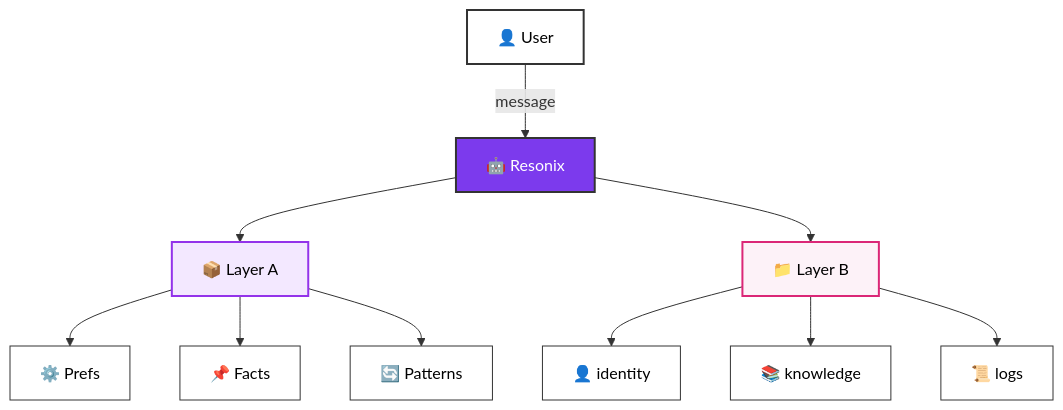
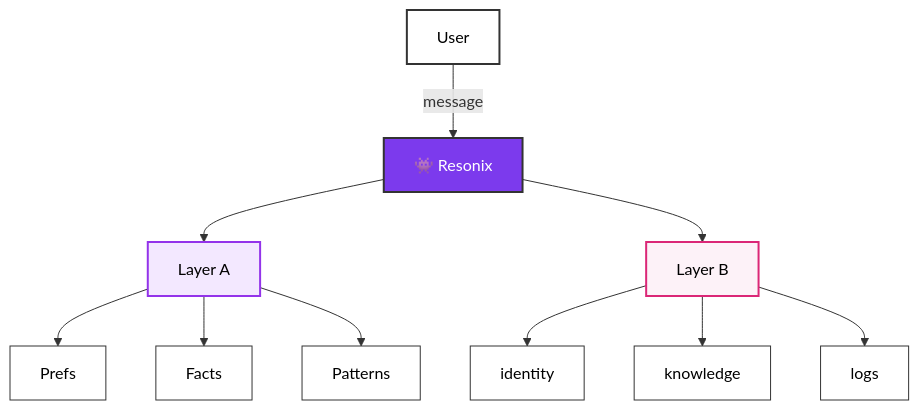
The first of 5 diagrams in README.md (mangiapanejohn-dev/Resonix-AG), drawn with Mermaid before and after one commit. The commit also changed other lines of this file, not shown here.

````diff
--- a/README.md
+++ b/README.md
@@ -51,23 +51,23 @@
 ```mermaid
 flowchart TB
-    USER["👤 User"] -->|"message"| BOT["🤖 Resonix"]
-    BOT --> LAYERA["📦 Layer A"]
-    BOT --> LAYERB["📁 Layer B"]
-    LAYERA --> PREF["⚙️ Prefs"]
-    LAYERA --> FACTS["📌 Facts"]
-    LAYERA --> PAT["🔄 Patterns"]
-    LAYERB --> ID["👤 identity"]
-    LAYERB --> KNOW["📚 knowledge"]
-    LAYERB --> LOGS["📜 logs"]
+    USER["User"] -->|"message"| BOT["👾 Resonix"]
+    BOT --> LAYERA["Layer A"]
+    BOT --> LAYERB["Layer B"]
+    LAYERA --> PREF["Prefs"]
+    LAYERA --> FACTS["Facts"]
+    LAYERA --> PAT["Patterns"]
+    LAYERB --> ID["identity"]
+    LAYERB --> KNOW["knowledge"]
+    LAYERB --> LOGS["logs"]
 
     style USER fill:#fff,stroke:#333,stroke-width:2,color:#000
     style BOT fill:#7c3aed,stroke:#333,stroke-width:2,color:#fff
     style LAYERA fill:#f3e8ff,stroke:#9333ea,stroke-width:2,color:#000
     style LAYERB fill:#fdf2f8,stroke:#db2777,stroke-width:2,color:#000
     style PREF fill:#fff,stroke:#333,stroke-width:1,color:#000
     style FACTS fill:#fff,stroke:#333,stroke-width:1,color:#000
     style PAT fill:#fff,stroke:#333,stroke-width:1,color:#000
     style ID fill:#fff,stroke:#333,stroke-width:1,color:#000
     style KNOW fill:#fff,stroke:#333,stroke-width:1,color:#000
     style LOGS fill:#fff,stroke:#333,stroke-width:1,color:#000
 ```
````
